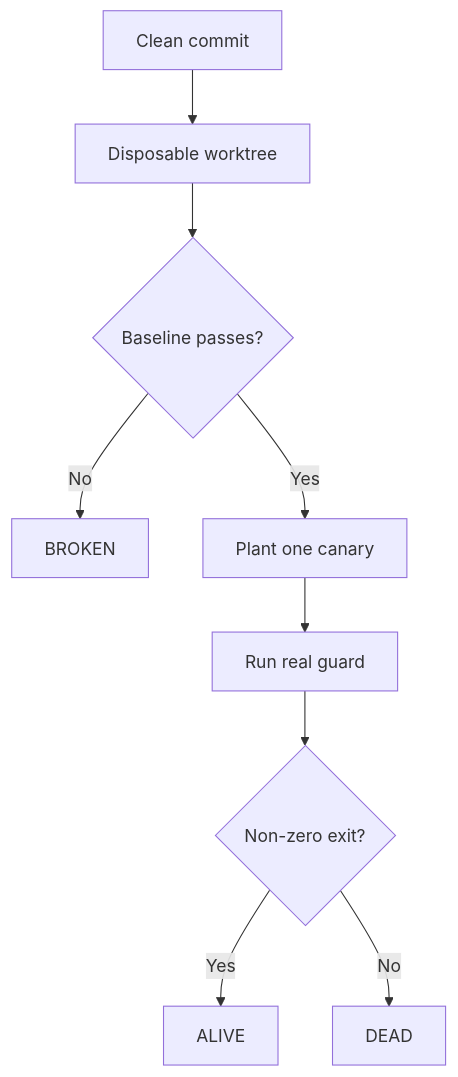
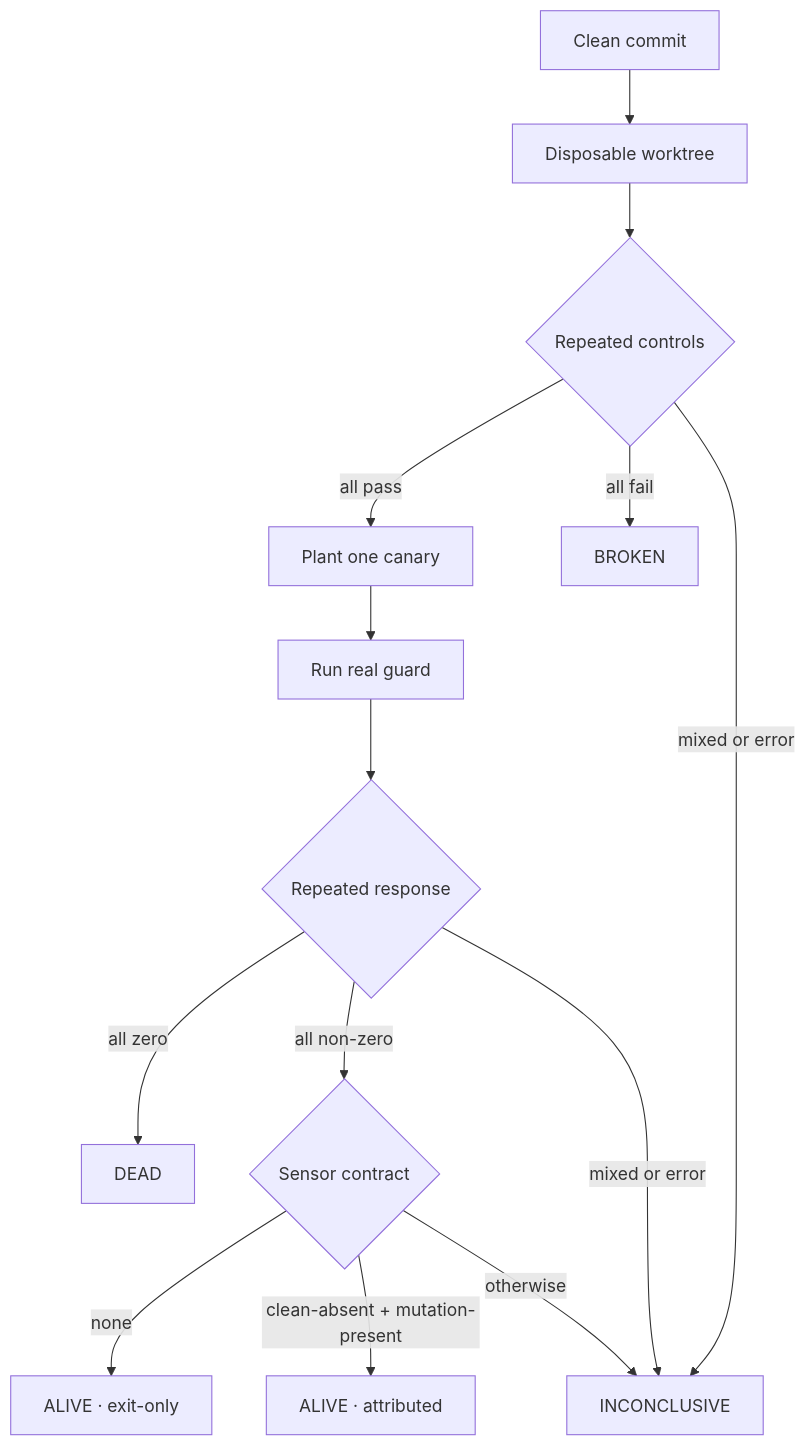
Before and after one commit to Dean00dev/RuleTrip: the diagram in README.md, drawn with Mermaid. The commit also changed other lines of this file and 32 other files, not shown here.

````diff
--- a/README.md
+++ b/README.md
@@ -42,11 +42,16 @@
 ```mermaid
 flowchart TD
     A["Clean commit"] --> B["Disposable worktree"]
-    B --> C{"Baseline passes?"}
-    C -- No --> D["BROKEN"]
-    C -- Yes --> E["Plant one canary"]
+    B --> C{"Repeated controls"}
+    C -- "all pass" --> E["Plant one canary"]
+    C -- "all fail" --> D["BROKEN"]
+    C -- "mixed or error" --> J["INCONCLUSIVE"]
     E --> F["Run real guard"]
-    F --> G{"Non-zero exit?"}
-    G -- Yes --> H["ALIVE"]
-    G -- No --> I["DEAD"]
+    F --> G{"Repeated response"}
+    G -- "all zero" --> I["DEAD"]
+    G -- "mixed or error" --> J
+    G -- "all non-zero" --> H{"Sensor contract"}
+    H -- "none" --> K["ALIVE · exit-only"]
+    H -- "clean-absent + mutation-present" --> L["ALIVE · attributed"]
+    H -- "otherwise" --> J
 ```
````
